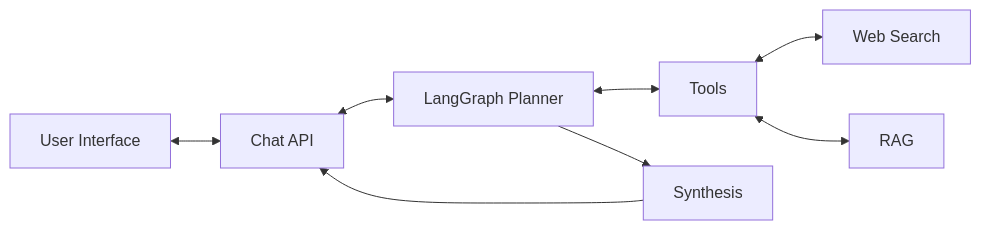
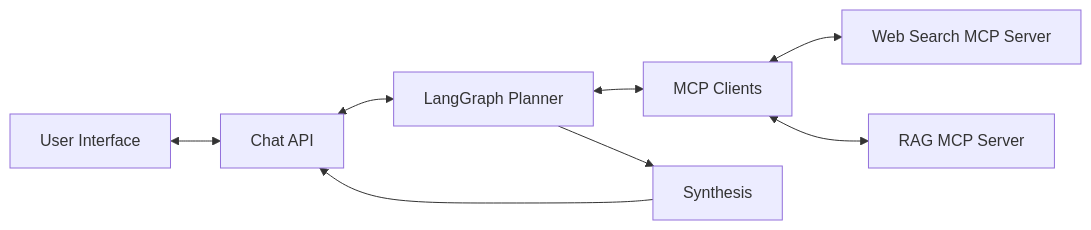
Before and after one commit to ArturRomanov/agent-tools-project: the diagram in README.md, drawn with Mermaid. The commit also changed other lines of this file and 62 other files, not shown here.

````diff
--- a/README.md
+++ b/README.md
@@ -28,10 +28,10 @@
 ```mermaid
 flowchart LR
   UI["User Interface"] <--> API["Chat API"]
   API <--> Planner["LangGraph Planner"]
-  Planner <--> Tools["Tools"]
-  Tools <--> Web["Web Search"]
-  Tools <--> RAG["RAG"]
+  Planner <--> MCP["MCP Clients"]
+  MCP <--> WS["Web Search MCP Server"]
+  MCP <--> RAGMCP["RAG MCP Server"]
   Planner --> Synthesis["Synthesis"]
   Synthesis --> API
 ```
````
